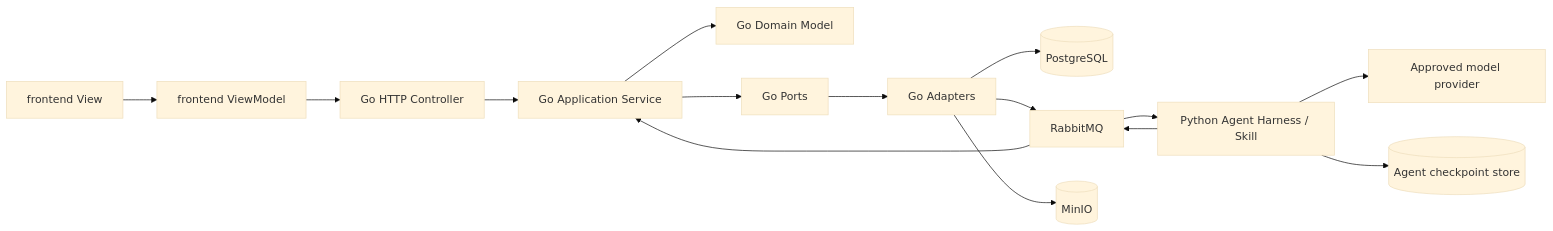
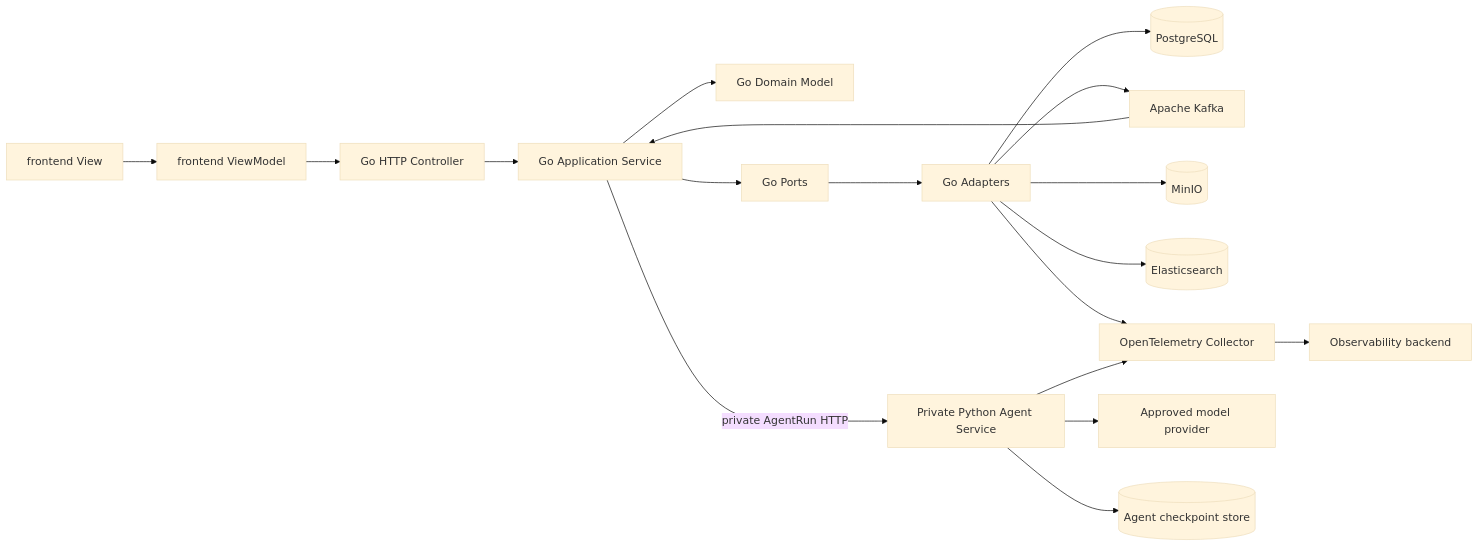
One commit to StephenQiu30/lanverse changed the first of 2 diagrams in docs/design/000-AI视频生产平台目标系统架构设计.md. Above: the diagram before and after it, drawn with Mermaid (base theme). The commit also changed other lines of this file and 25 other files, not shown here.

First line of the commit message:
docs(architecture): 固定平台基础设施与接口调用基线

````diff
--- a/docs/design/000-AI视频生产平台目标系统架构设计.md
+++ b/docs/design/000-AI视频生产平台目标系统架构设计.md
@@ -49,18 +52,21 @@
 ```mermaid
 flowchart LR
     V["frontend View"] --> VM["frontend ViewModel"]
     VM --> C["Go HTTP Controller"]
     C --> S["Go Application Service"]
     S --> D["Go Domain Model"]
     S --> P["Go Ports"]
     P --> A["Go Adapters"]
     A --> PG[(PostgreSQL)]
-    A --> MQ["RabbitMQ"]
+    A --> MQ["Apache Kafka"]
     A --> OBJ[(MinIO)]
+    A --> ES[(Elasticsearch)]
+    A --> OTEL["OpenTelemetry Collector"]
 
-    MQ --> PY["Python Agent Harness / Skill"]
-    PY --> MQ
+    S -->|"private AgentRun HTTP"| PY["Private Python Agent Service"]
     PY --> LLM["Approved model provider"]
     PY --> CP[(Agent checkpoint store)]
+    PY --> OTEL
+    OTEL --> OBS["Observability backend"]
     MQ --> S
 ```
````
